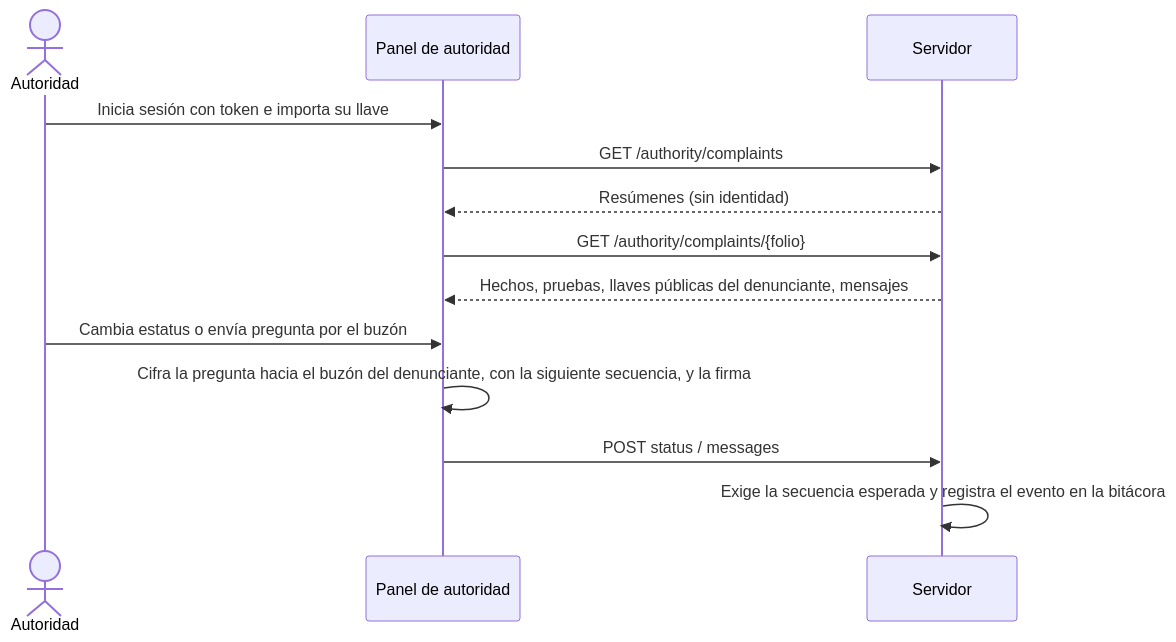
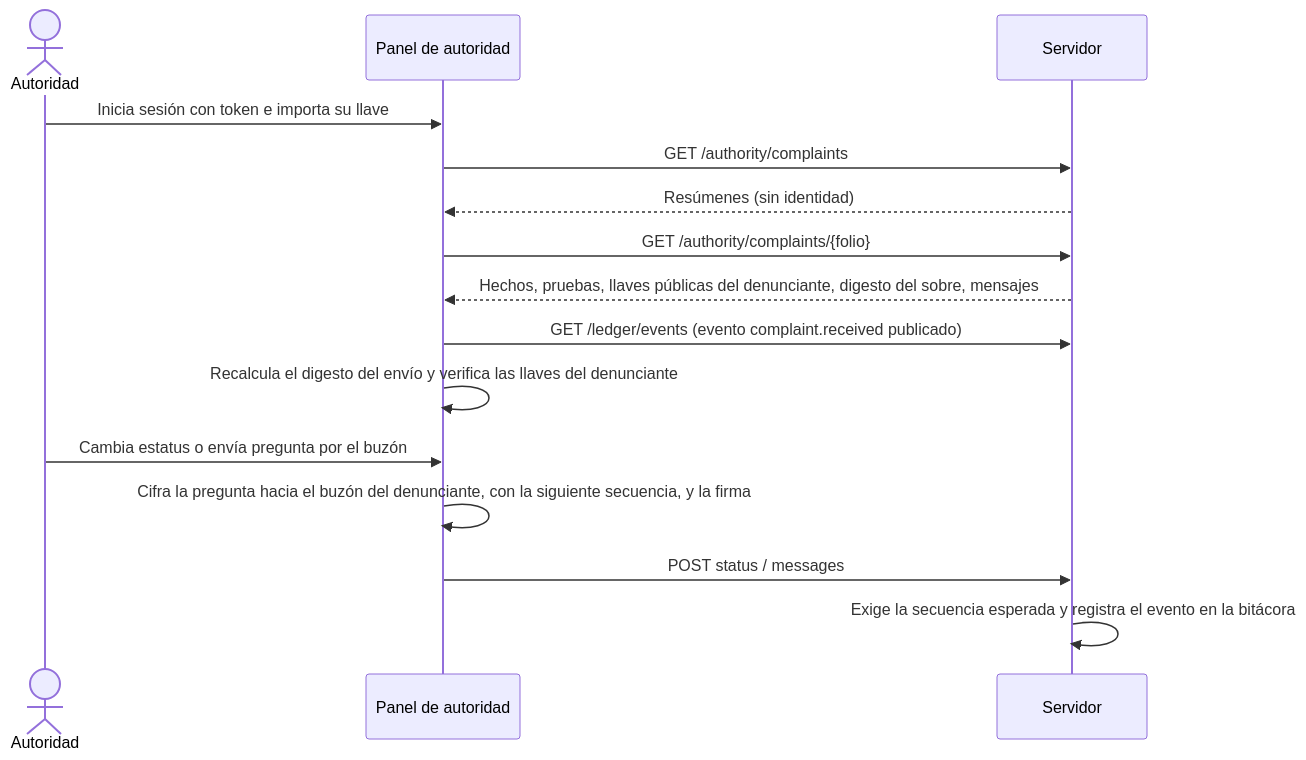
One commit to GuilleOp/sigilo-s5 changed the third of 5 diagrams in docs/arquitectura.md. Above: the diagram before and after it, drawn with Mermaid. The commit also changed other lines of this file and 8 other files, not shown here.

````diff
--- a/docs/arquitectura.md
+++ b/docs/arquitectura.md
@@ -91,15 +93,17 @@
 ```mermaid
 sequenceDiagram
   actor A as Autoridad
   participant P as Panel de autoridad
   participant S as Servidor
   A->>P: Inicia sesión con token e importa su llave
   P->>S: GET /authority/complaints
   S-->>P: Resúmenes (sin identidad)
   P->>S: GET /authority/complaints/{folio}
-  S-->>P: Hechos, pruebas, llaves públicas del denunciante, mensajes
+  S-->>P: Hechos, pruebas, llaves públicas del denunciante, digesto del sobre, mensajes
+  P->>S: GET /ledger/events (evento complaint.received publicado)
+  P->>P: Recalcula el digesto del envío y verifica las llaves del denunciante
   A->>P: Cambia estatus o envía pregunta por el buzón
   P->>P: Cifra la pregunta hacia el buzón del denunciante, con la siguiente secuencia, y la firma
   P->>S: POST status / messages
   S->>S: Exige la secuencia esperada y registra el evento en la bitácora
 ```
````
